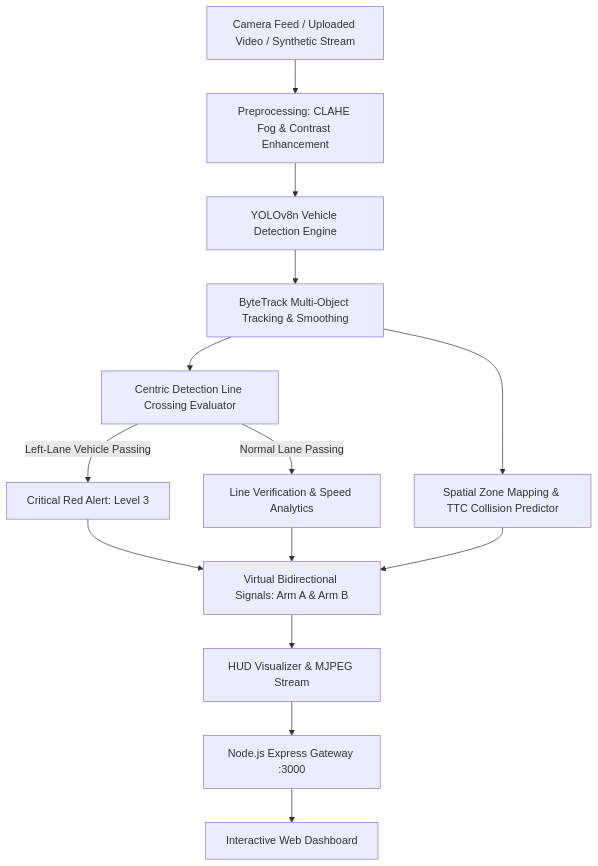
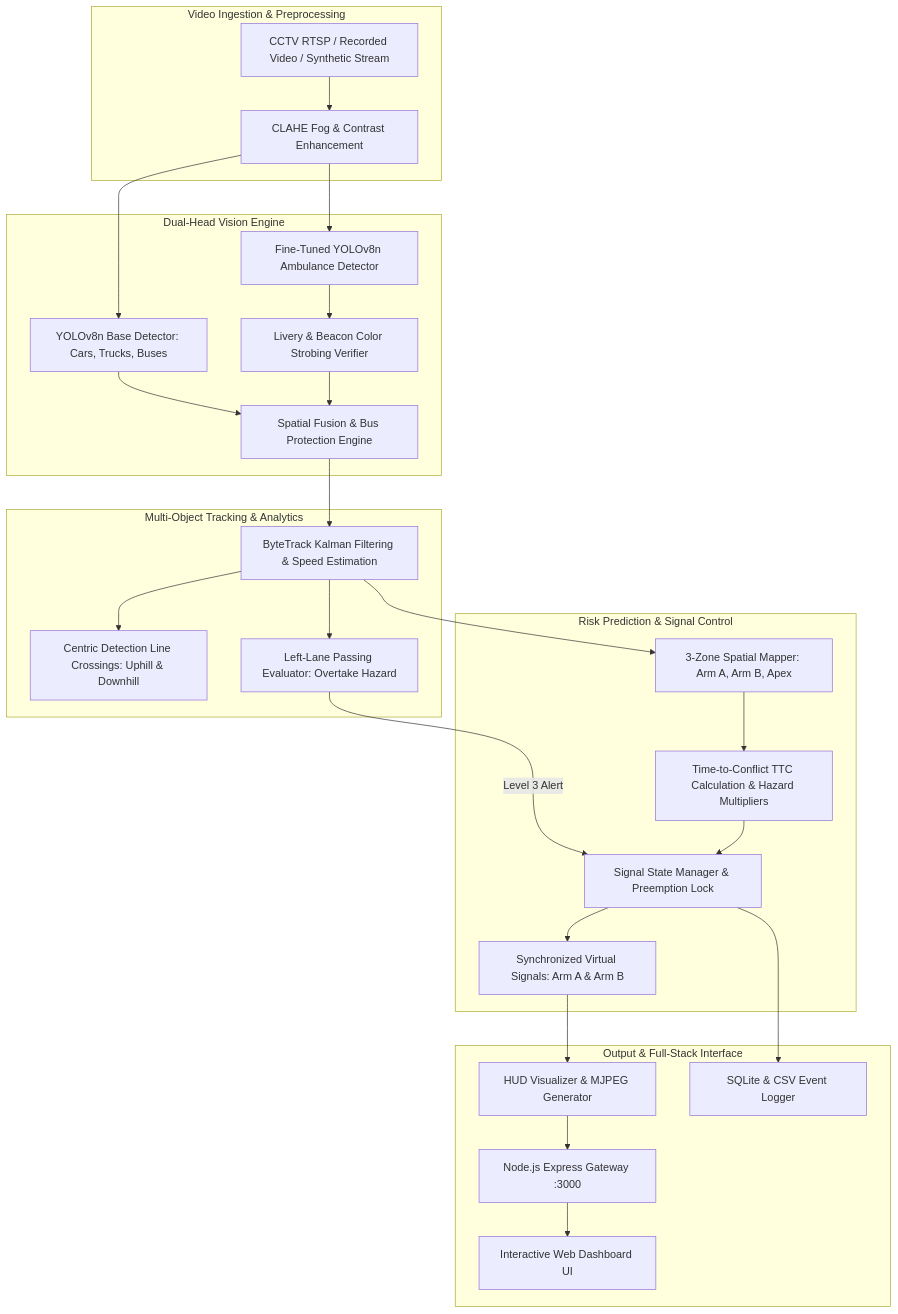
Before and after one commit to Lokeshwaran-12/hairpin: the diagram in README.md, drawn with Mermaid. The commit also changed other lines of this file and 8 other files, not shown here.

````diff
--- a/README.md
+++ b/README.md
@@ -25,16 +34,35 @@
 ```mermaid
 flowchart TD
-    A[Camera Feed / Uploaded Video / Synthetic Stream] --> B[Preprocessing: CLAHE Fog & Contrast Enhancement]
-    B --> C[YOLOv8n Vehicle Detection Engine]
-    C --> D[ByteTrack Multi-Object Tracking & Smoothing]
-    D --> E[Centric Detection Line Crossing Evaluator]
-    E -->|Left-Lane Vehicle Passing| F[Critical Red Alert: Level 3]
-    E -->|Normal Lane Passing| G[Line Verification & Speed Analytics]
-    D --> H[Spatial Zone Mapping & TTC Collision Predictor]
-    F --> I[Virtual Bidirectional Signals: Arm A & Arm B]
-    G --> I
-    H --> I
-    I --> J[HUD Visualizer & MJPEG Stream]
-    J --> K[Node.js Express Gateway :3000]
-    K --> L[Interactive Web Dashboard]
+    subgraph Ingestion [Video Ingestion & Preprocessing]
+        A[CCTV RTSP / Recorded Video / Synthetic Stream] --> B[CLAHE Fog & Contrast Enhancement]
+    end
+
+    subgraph Detection [Dual-Head Vision Engine]
+        B --> C1[YOLOv8n Base Detector: Cars, Trucks, Buses]
+        B --> C2[Fine-Tuned YOLOv8n Ambulance Detector]
+        C2 --> D[Livery & Beacon Color Strobing Verifier]
+        C1 --> E[Spatial Fusion & Bus Protection Engine]
+        D --> E
+    end
+
+    subgraph Tracking [Multi-Object Tracking & Analytics]
+        E --> F[ByteTrack Kalman Filtering & Speed Estimation]
+        F --> G[Centric Detection Line Crossings: Uphill & Downhill]
+        F --> H[Left-Lane Passing Evaluator: Overtake Hazard]
+    end
+
+    subgraph RiskSignals [Risk Prediction & Signal Control]
+        F --> I[3-Zone Spatial Mapper: Arm A, Arm B, Apex]
+        I --> J[Time-to-Conflict TTC Calculation & Hazard Multipliers]
+        H -->|Level 3 Alert| K[Signal State Manager & Preemption Lock]
+        J --> K
+        K --> L[Synchronized Virtual Signals: Arm A & Arm B]
+    end
+
+    subgraph Output [Output & Full-Stack Interface]
+        L --> M[HUD Visualizer & MJPEG Generator]
+        M --> N[Node.js Express Gateway :3000]
+        K --> O[SQLite & CSV Event Logger]
+        N --> P[Interactive Web Dashboard UI]
+    end
 ```
````
